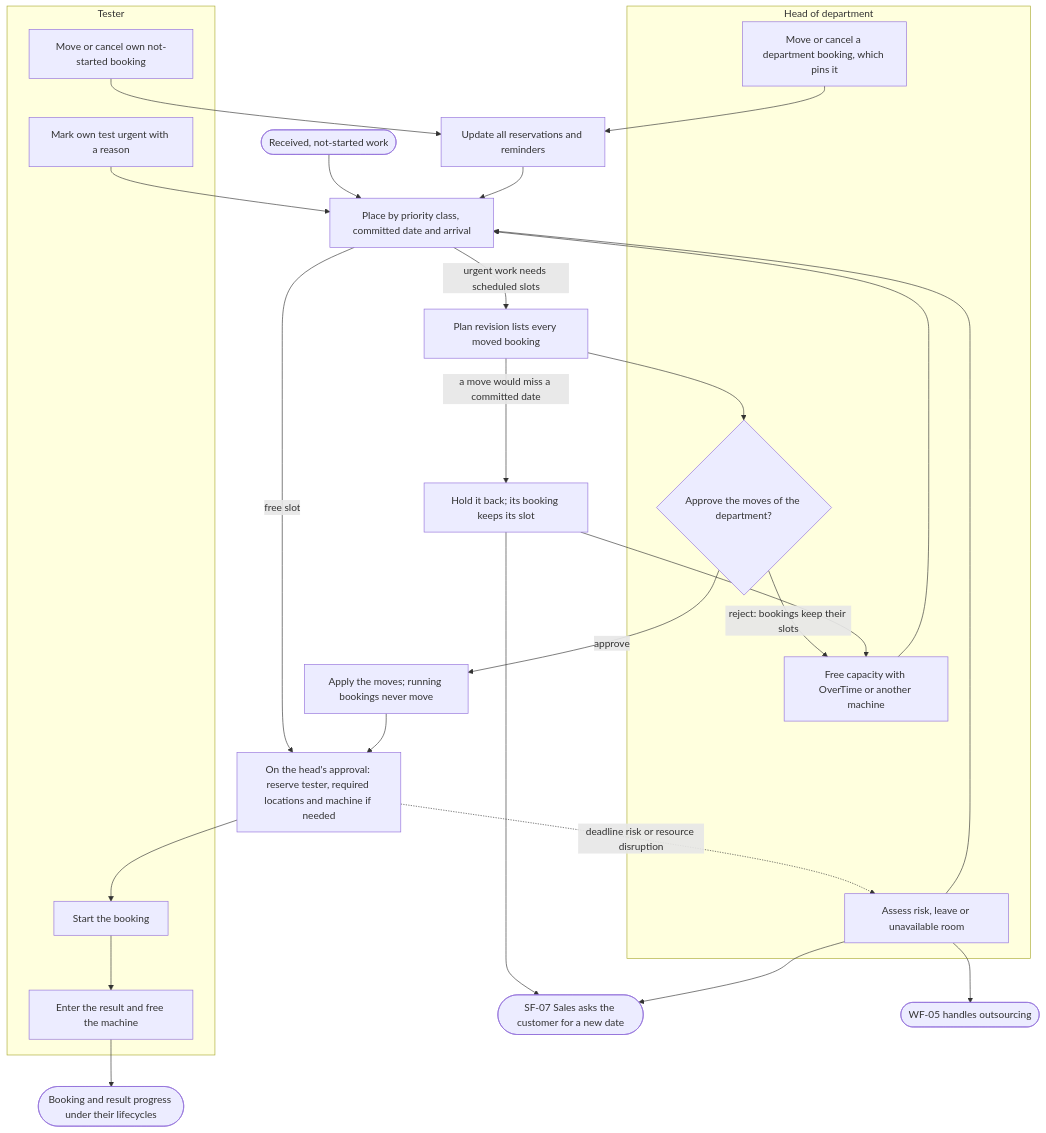
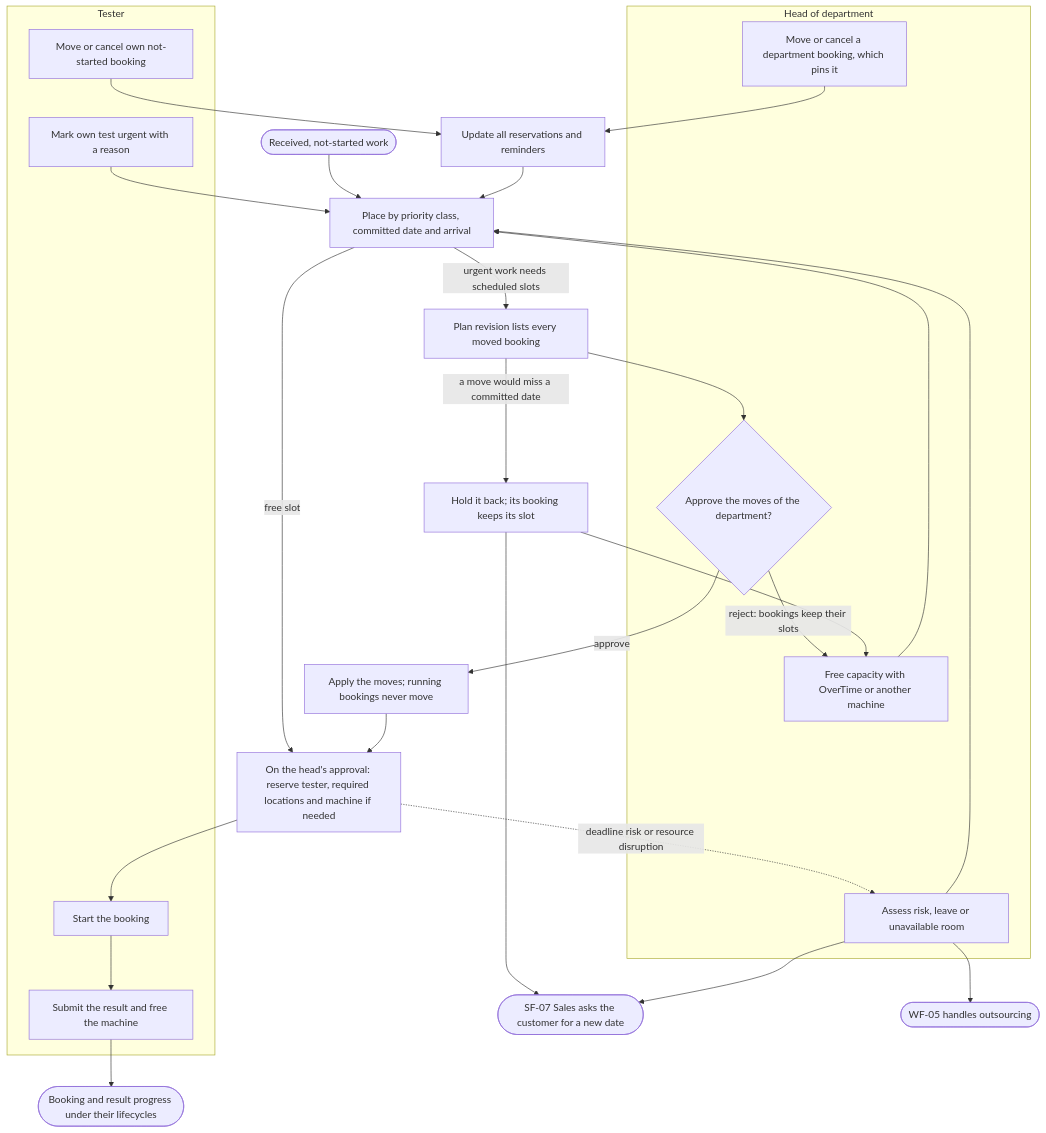
Diagram 16 of 17 in docs/functional/business-flows.md (SoltuneMontepre/medilab), drawn with Mermaid before and after one commit. The commit also changed other lines of this file and 11 other files, not shown here.

Commit message:
[docs] | #419 Correct the scheduling schema after review (#587)

````diff
--- a/docs/functional/business-flows.md
+++ b/docs/functional/business-flows.md
@@ -741,32 +741,32 @@
 ```mermaid
 flowchart TD
     subgraph lane64 ["Tester"]
-        t1[Start the booking] --> t2[Enter the result and free the machine]
+        t1[Start the booking] --> t2[Submit the result and free the machine]
         t3[Move or cancel own not-started booking]
         t4[Mark own test urgent with a reason]
     end
     subgraph lane65 ["Head of department"]
         h1[Move or cancel a department booking, which pins it]
         h2{Approve the moves of the department?}
         h4[Assess risk, leave or unavailable room]
         h5[Free capacity with OverTime or another machine]
     end
     q([Received, not-started work]) --> slot[Place by priority class, committed date and arrival]
     slot -->|free slot| schedule[On the head's approval: reserve tester, required locations and machine if needed]
     schedule --> t1
     t2 --> done([Booking and result progress under their lifecycles])
     t3 --> sync[Update all reservations and reminders] --> slot
     h1 --> sync
     t4 --> slot
     slot -->|urgent work needs scheduled slots| revision[Plan revision lists every moved booking]
     revision --> h2
     h2 -->|approve| apply[Apply the moves; running bookings never move] --> schedule
     h2 -->|reject: bookings keep their slots| h5
     revision -->|a move would miss a committed date| held[Hold it back; its booking keeps its slot]
     held --> date([SF-07 Sales asks the customer for a new date])
     held --> h5 --> slot
     schedule -.->|deadline risk or resource disruption| h4
     h4 --> slot
     h4 --> date
     h4 --> outsource([WF-05 handles outsourcing])
 ```
````
